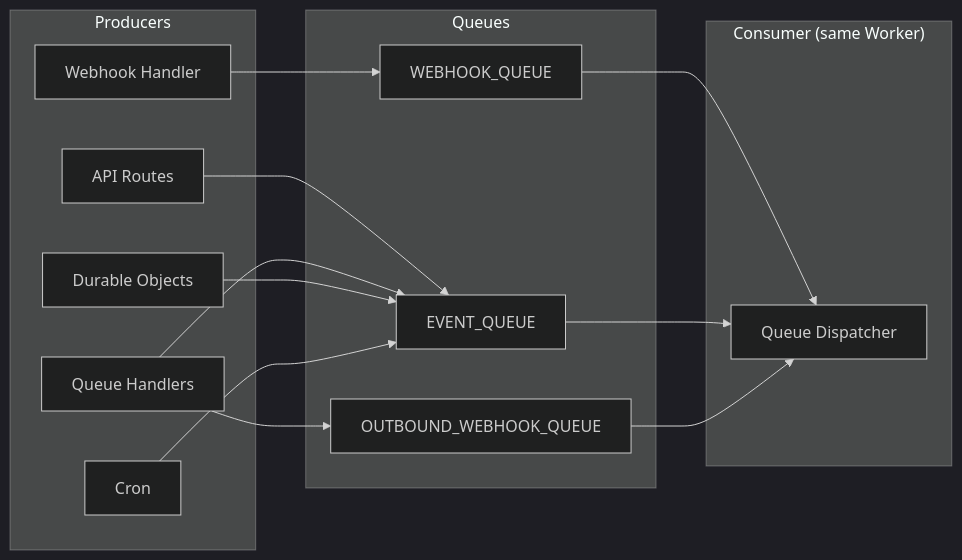
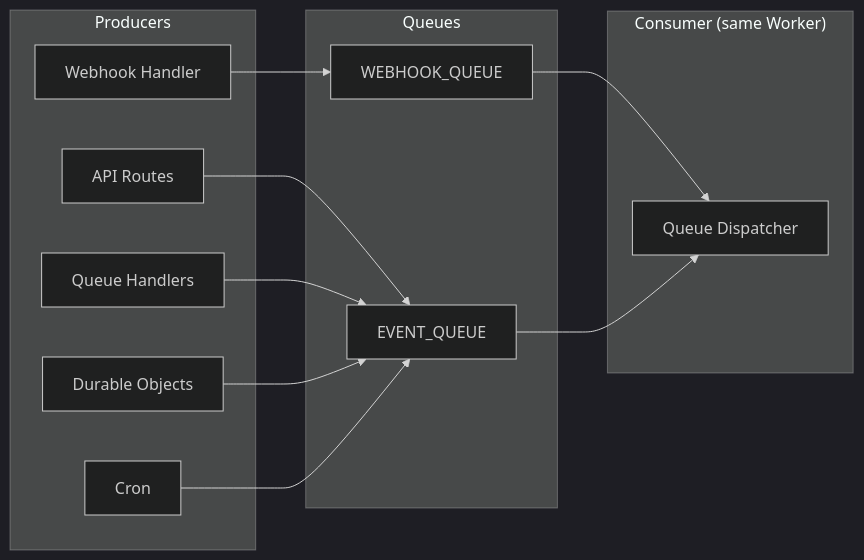
Before and after one commit to devangshupandey2025-stack/DevSage: the fifth of 14 diagrams in docs/v3/planned/infrastructure.md, drawn with Mermaid (dark theme). The commit also changed other lines of this file, not shown here.

````diff
--- a/docs/v3/planned/infrastructure.md
+++ b/docs/v3/planned/infrastructure.md
@@ -340,31 +324,28 @@
 ```mermaid
 flowchart LR
     subgraph "Producers"
         API["API Routes"]
         WH["Webhook Handler"]
         QH["Queue Handlers"]
         DO["Durable Objects"]
         CRON["Cron"]
     end
 
     subgraph "Queues"
         Q1["WEBHOOK_QUEUE"]
         Q2["EVENT_QUEUE"]
-        Q3["OUTBOUND_WEBHOOK_QUEUE"]
     end
 
     subgraph "Consumer (same Worker)"
         DISP["Queue Dispatcher"]
     end
 
     WH --> Q1
     API --> Q2
     QH --> Q2
     DO --> Q2
     CRON --> Q2
-    QH --> Q3
 
     Q1 --> DISP
     Q2 --> DISP
-    Q3 --> DISP
 ```
````
